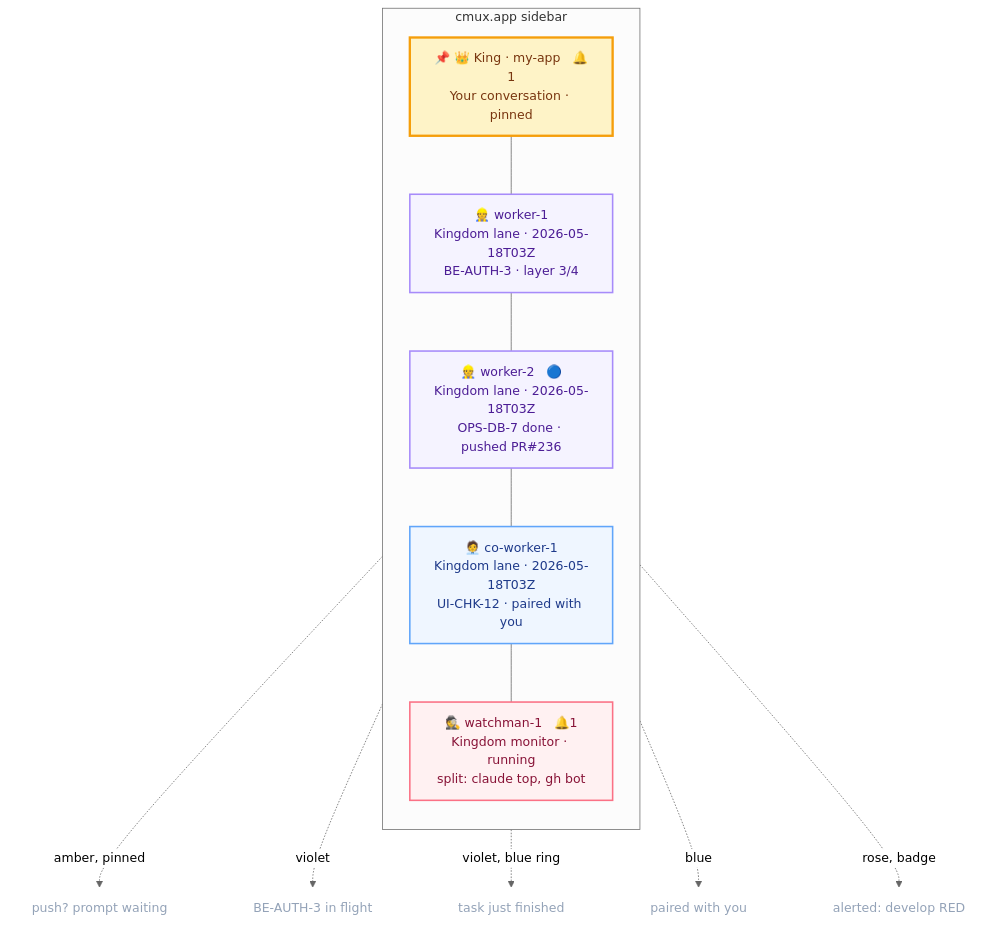
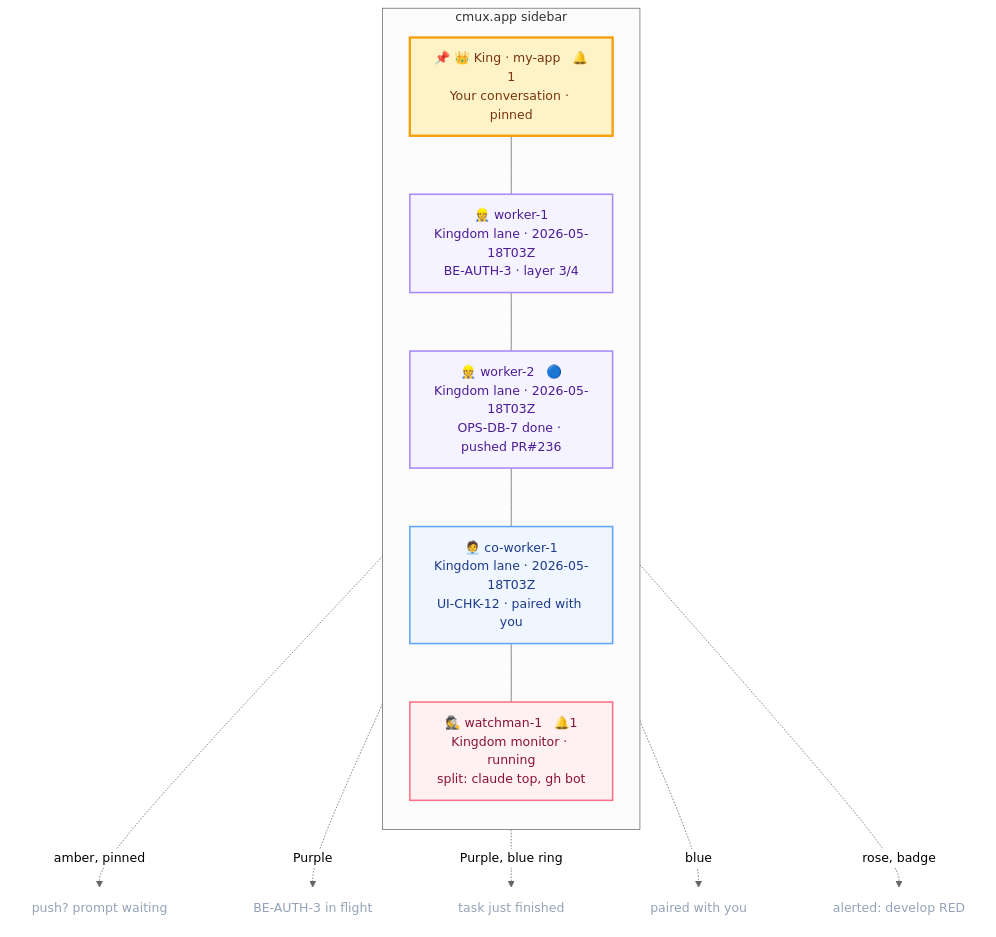
Before and after one commit to chatthong/kingdom: the first of 2 diagrams in docs/cmux-integration.md, drawn with Mermaid (neutral theme). The commit also changed other lines of this file and 24 other files, not shown here.

````diff
--- a/docs/cmux-integration.md
+++ b/docs/cmux-integration.md
@@ -9,34 +9,34 @@
 ```mermaid
 graph TB
     subgraph SIDEBAR ["cmux.app sidebar"]
         direction TB
         K["📌 👑 King · my-app   🔔1<br/>Your conversation · pinned"]
         W1["👷 worker-1<br/>Kingdom lane · 2026-05-18T03Z<br/>BE-AUTH-3 · layer 3/4"]
         W2["👷 worker-2   🔵<br/>Kingdom lane · 2026-05-18T03Z<br/>OPS-DB-7 done · pushed PR#236"]
         CW["🧑‍💼 co-worker-1<br/>Kingdom lane · 2026-05-18T03Z<br/>UI-CHK-12 · paired with you"]
         WM["🕵️ watchman-1   🔔1<br/>Kingdom monitor · running<br/>split: claude top, gh bot"]
 
         K --- W1
         W1 --- W2
         W2 --- CW
         CW --- WM
     end
 
     K -.->|amber, pinned| KS["push? prompt waiting"]
-    W1 -.->|violet| W1S["BE-AUTH-3 in flight"]
-    W2 -.->|violet, blue ring| W2S["task just finished"]
+    W1 -.->|Purple| W1S["BE-AUTH-3 in flight"]
+    W2 -.->|Purple, blue ring| W2S["task just finished"]
     CW -.->|blue| CWS["paired with you"]
     WM -.->|rose, badge| WMS["alerted: develop RED"]
 
     classDef king fill:#fef3c7,stroke:#f59e0b,stroke-width:3px,color:#78350f
     classDef worker fill:#f5f3ff,stroke:#a78bfa,stroke-width:2px,color:#4c1d95
     classDef coworker fill:#eff6ff,stroke:#60a5fa,stroke-width:2px,color:#1e3a8a
     classDef watchman fill:#fff1f2,stroke:#fb7185,stroke-width:2px,color:#881337
     classDef note fill:none,stroke:none,color:#94a3b8
 
     class K king
     class W1,W2 worker
     class CW coworker
     class WM watchman
     class KS,W1S,W2S,CWS,WMS note
 ```
````
